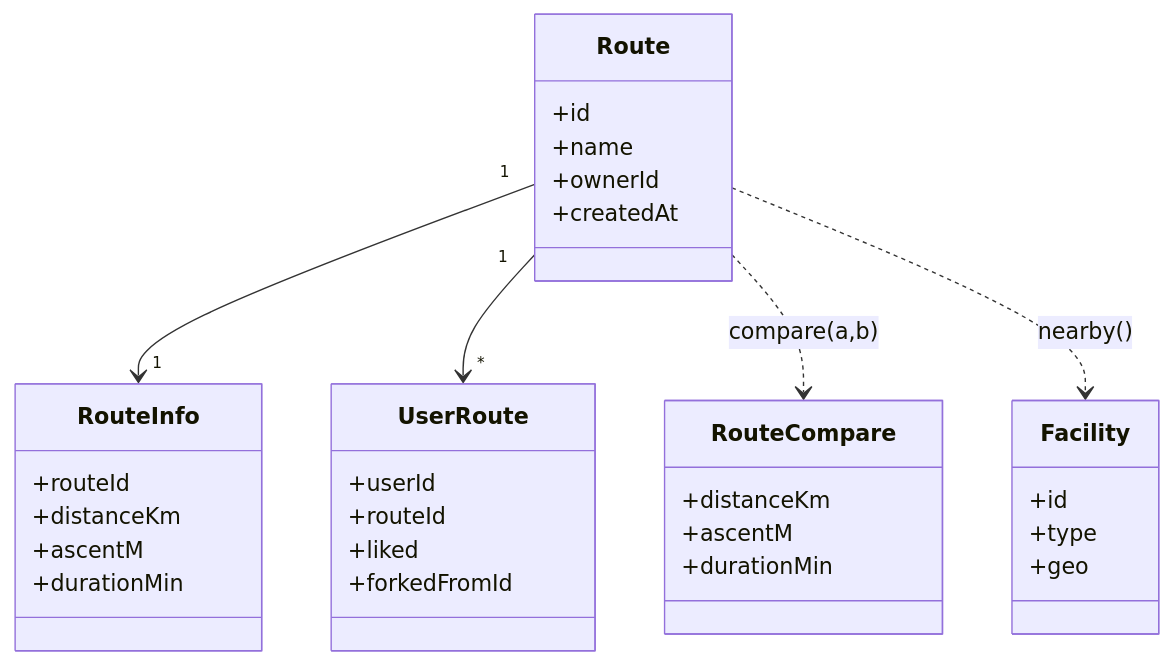
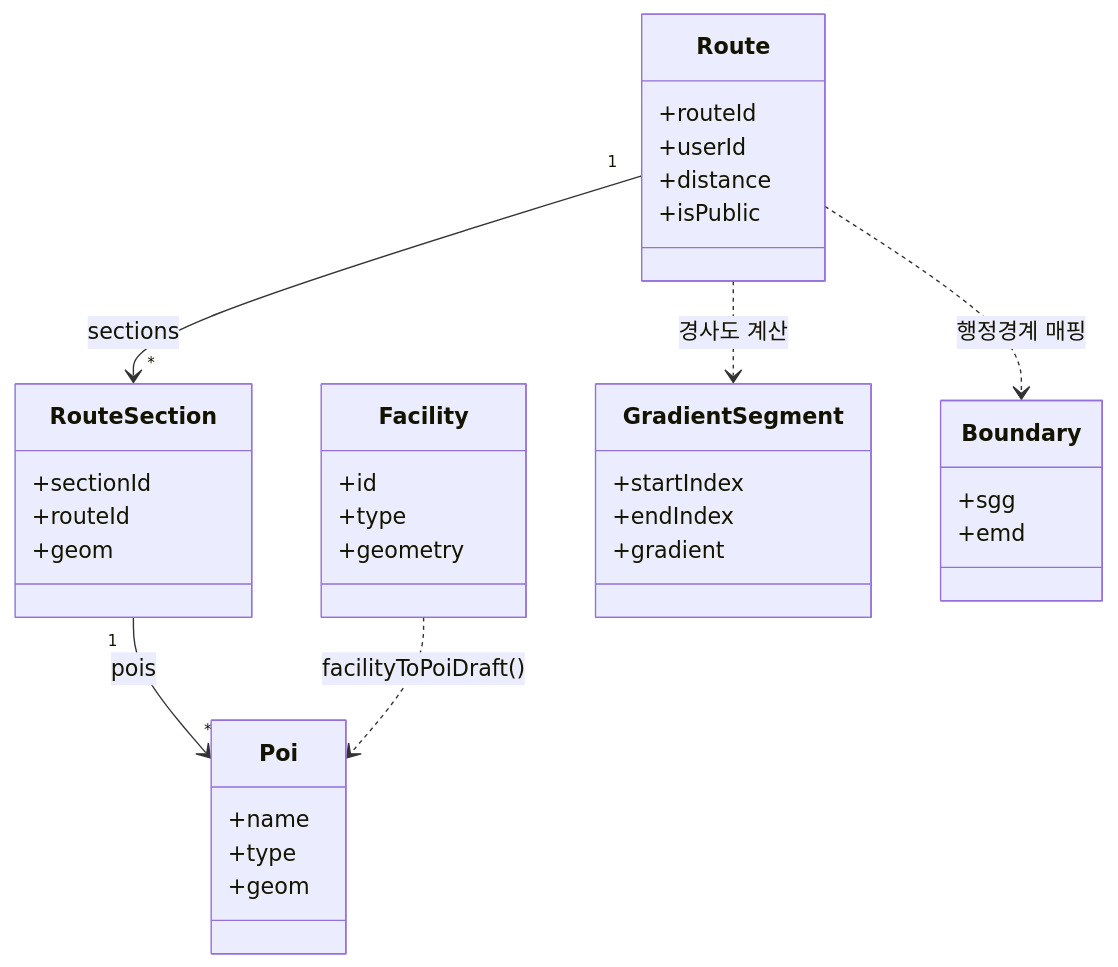
The diagram in docs/wiki/3-Domain-Model.md (gomj-runnable/runnable2.0), drawn with Mermaid before and after one commit. The commit also changed other lines of this file and 15 other files, not shown here.

````diff
--- a/docs/wiki/3-Domain-Model.md
+++ b/docs/wiki/3-Domain-Model.md
@@ -48,35 +119,38 @@
 ```mermaid
 classDiagram
     class Route {
-      +id
+      +routeId
+      +userId
+      +distance
+      +isPublic
+    }
+    class RouteSection {
+      +sectionId
+      +routeId
+      +geom
+    }
+    class Poi {
       +name
-      +ownerId
-      +createdAt
-    }
-    class RouteInfo {
-      +routeId
-      +distanceKm
-      +ascentM
-      +durationMin
-    }
-    class RouteCompare {
-      +distanceKm
-      +ascentM
-      +durationMin
-    }
-    class UserRoute {
-      +userId
-      +routeId
-      +liked
-      +forkedFromId
+      +type
+      +geom
     }
     class Facility {
       +id
       +type
-      +geo
+      +geometry
     }
-    Route "1" --> "1" RouteInfo
-    Route "1" --> "*" UserRoute
-    Route ..> RouteCompare : compare(a,b)
-    Route ..> Facility : nearby()
+    class GradientSegment {
+      +startIndex
+      +endIndex
+      +gradient
+    }
+    class Boundary {
+      +sgg
+      +emd
+    }
+    Route "1" --> "*" RouteSection : sections
+    RouteSection "1" --> "*" Poi : pois
+    Route ..> GradientSegment : 경사도 계산
+    Route ..> Boundary : 행정경계 매핑
+    Facility ..> Poi : facilityToPoiDraft()
 ```
````
